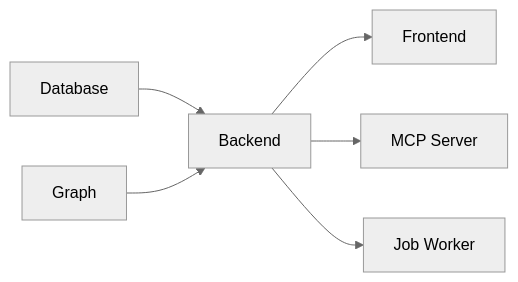
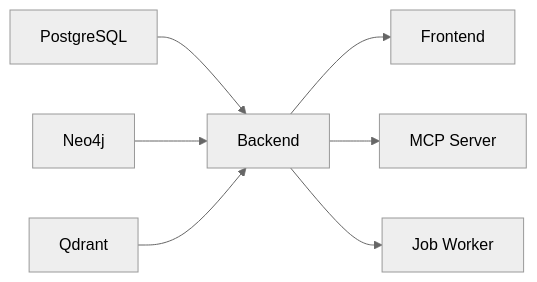
One commit to The-AI-Alliance/semiont changed the diagram in docs/services/OVERVIEW.md. Above: the diagram before and after it, drawn with Mermaid (neutral theme). The commit also changed other lines of this file and 6 other files, not shown here.

````diff
--- a/docs/services/OVERVIEW.md
+++ b/docs/services/OVERVIEW.md
@@ -119,8 +119,9 @@
 ```mermaid
 graph LR
-    DB[Database] --> BE[Backend]
-    GRAPH[Graph] --> BE
+    DB[PostgreSQL] --> BE[Backend]
+    GRAPH[Neo4j] --> BE
+    VECTORS[Qdrant] --> BE
     BE --> FE[Frontend]
     BE --> MCP[MCP Server]
     BE --> JW[Job Worker]
 ```
````
